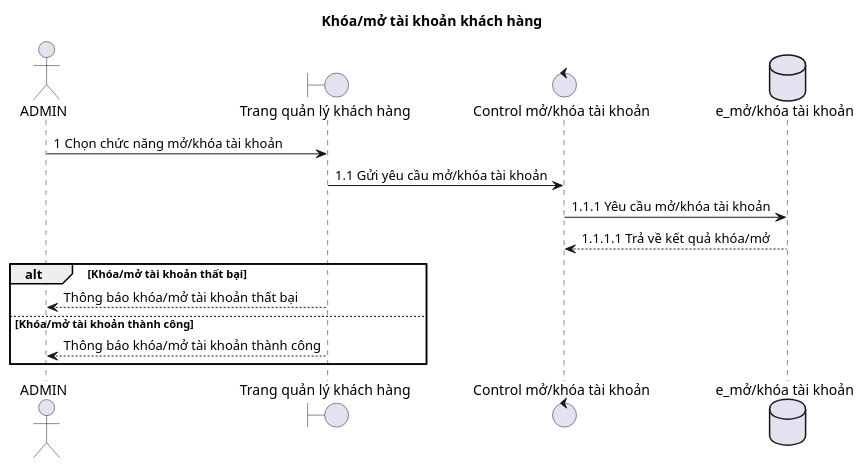
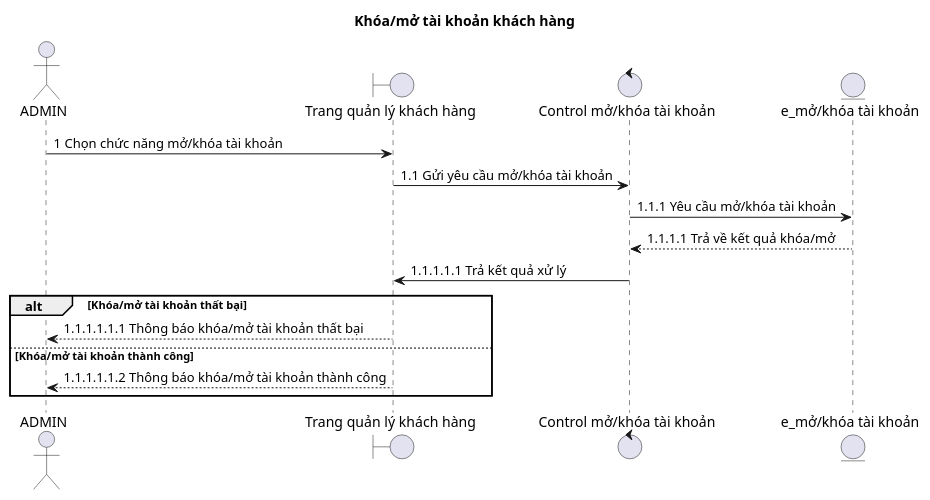
One commit to duygri/do-an-htttdn-crm changed the diagram in docs/diagrams/sequence/preview/04-lock-unlock-account.puml. Above: the diagram before and after it, drawn with PlantUML. The commit also changed 9 other files, not shown here.

Commit message:
docs: align PlantUML BCE notation

```diff
--- a/docs/diagrams/sequence/preview/04-lock-unlock-account.puml
+++ b/docs/diagrams/sequence/preview/04-lock-unlock-account.puml
@@ -1,19 +1,20 @@
 @startuml
 title Khóa/mở tài khoản khách hàng
 
 actor ADMIN as Admin
 boundary "Trang quản lý khách hàng" as Boundary
 control "Control mở/khóa tài khoản" as Control
-database "e_mở/khóa tài khoản" as Entity
+entity "e_mở/khóa tài khoản" as Entity
 
 Admin -> Boundary: 1 Chọn chức năng mở/khóa tài khoản
 Boundary -> Control: 1.1 Gửi yêu cầu mở/khóa tài khoản
 Control -> Entity: 1.1.1 Yêu cầu mở/khóa tài khoản
 Entity --> Control: 1.1.1.1 Trả về kết quả khóa/mở
+Control -> Boundary: 1.1.1.1.1 Trả kết quả xử lý
 
 alt Khóa/mở tài khoản thất bại
-  Boundary --> Admin: Thông báo khóa/mở tài khoản thất bại
+  Boundary --> Admin: 1.1.1.1.1.1 Thông báo khóa/mở tài khoản thất bại
 else Khóa/mở tài khoản thành công
-  Boundary --> Admin: Thông báo khóa/mở tài khoản thành công
+  Boundary --> Admin: 1.1.1.1.1.2 Thông báo khóa/mở tài khoản thành công
 end
 @enduml
```
